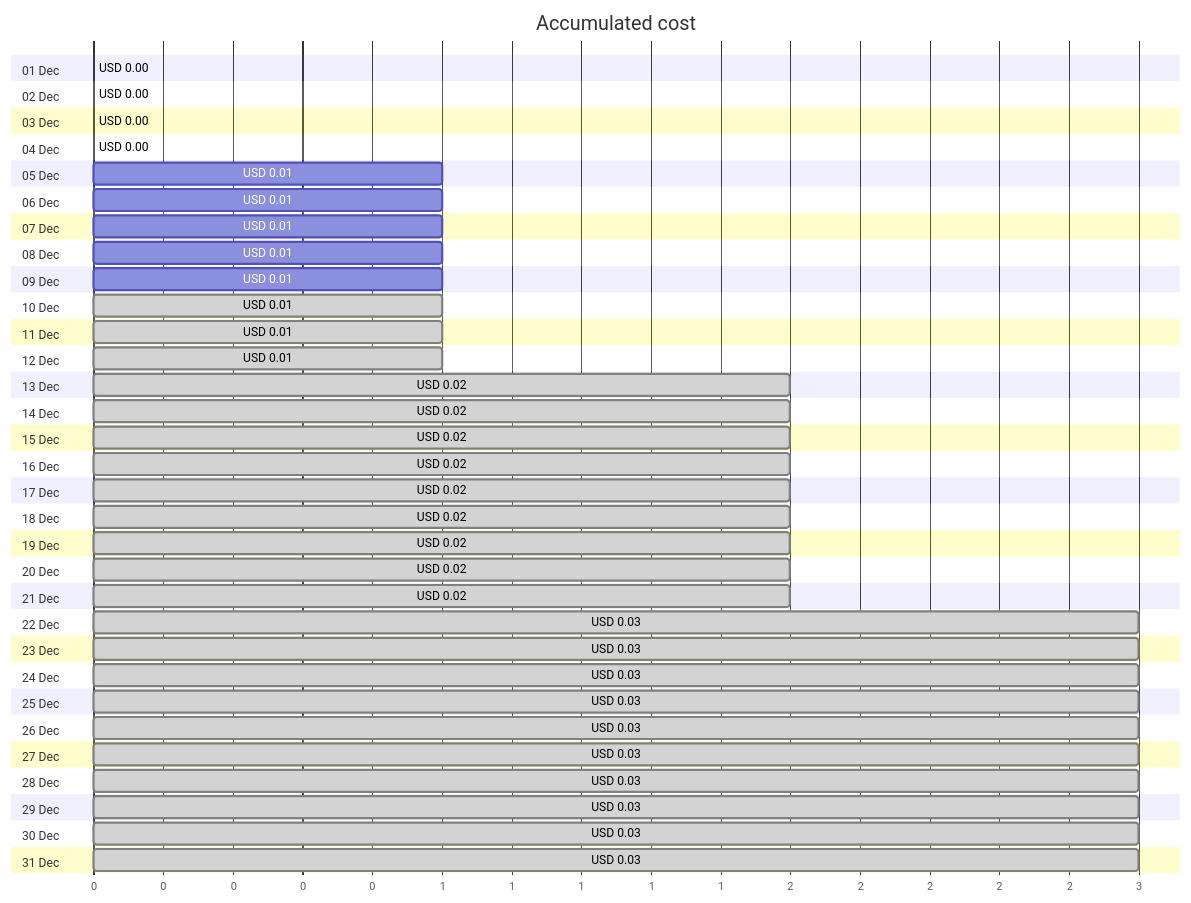
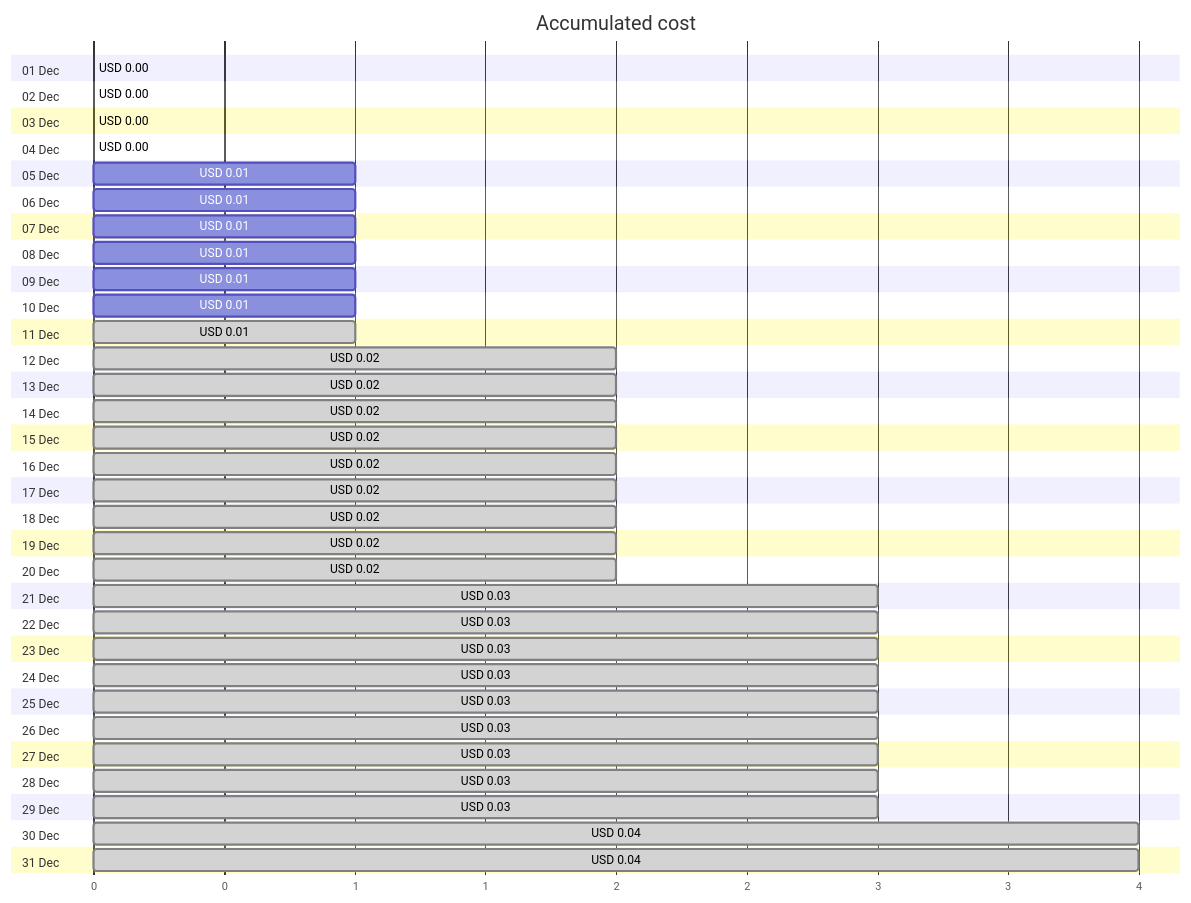
Before and after one commit to jpfulton/azure-personal-reports: the first of 4 diagrams in cost-reports/personal-site/personalsiteapistorage.md, drawn with Mermaid. The commit also changed other lines of this file and 6 other files, not shown here.

````diff
--- a/cost-reports/personal-site/personalsiteapistorage.md
+++ b/cost-reports/personal-site/personalsiteapistorage.md
@@ -20,68 +20,68 @@
 ```mermaid
 gantt
    title Accumulated cost
    dateFormat  X
    axisFormat %s
    section 01 Dec
    USD 0.00 :0, 0
    section 02 Dec
    USD 0.00 :0, 0
    section 03 Dec
    USD 0.00 :0, 0
    section 04 Dec
    USD 0.00 :0, 0
    section 05 Dec
    USD 0.01 :0, 1
    section 06 Dec
    USD 0.01 :0, 1
    section 07 Dec
    USD 0.01 :0, 1
    section 08 Dec
    USD 0.01 :0, 1
    section 09 Dec
    USD 0.01 :0, 1
    section 10 Dec
-   USD 0.01 : done, 0, 1
+   USD 0.01 :0, 1
    section 11 Dec
    USD 0.01 : done, 0, 1
    section 12 Dec
-   USD 0.01 : done, 0, 1
+   USD 0.02 : done, 0, 2
    section 13 Dec
    USD 0.02 : done, 0, 2
    section 14 Dec
    USD 0.02 : done, 0, 2
    section 15 Dec
    USD 0.02 : done, 0, 2
    section 16 Dec
    USD 0.02 : done, 0, 2
    section 17 Dec
    USD 0.02 : done, 0, 2
    section 18 Dec
    USD 0.02 : done, 0, 2
    section 19 Dec
    USD 0.02 : done, 0, 2
    section 20 Dec
    USD 0.02 : done, 0, 2
    section 21 Dec
-   USD 0.02 : done, 0, 2
+   USD 0.03 : done, 0, 3
    section 22 Dec
    USD 0.03 : done, 0, 3
    section 23 Dec
    USD 0.03 : done, 0, 3
    section 24 Dec
    USD 0.03 : done, 0, 3
    section 25 Dec
    USD 0.03 : done, 0, 3
    section 26 Dec
    USD 0.03 : done, 0, 3
    section 27 Dec
    USD 0.03 : done, 0, 3
    section 28 Dec
    USD 0.03 : done, 0, 3
    section 29 Dec
    USD 0.03 : done, 0, 3
    section 30 Dec
-   USD 0.03 : done, 0, 3
+   USD 0.04 : done, 0, 4
    section 31 Dec
-   USD 0.03 : done, 0, 3
+   USD 0.04 : done, 0, 4
 ```
````
